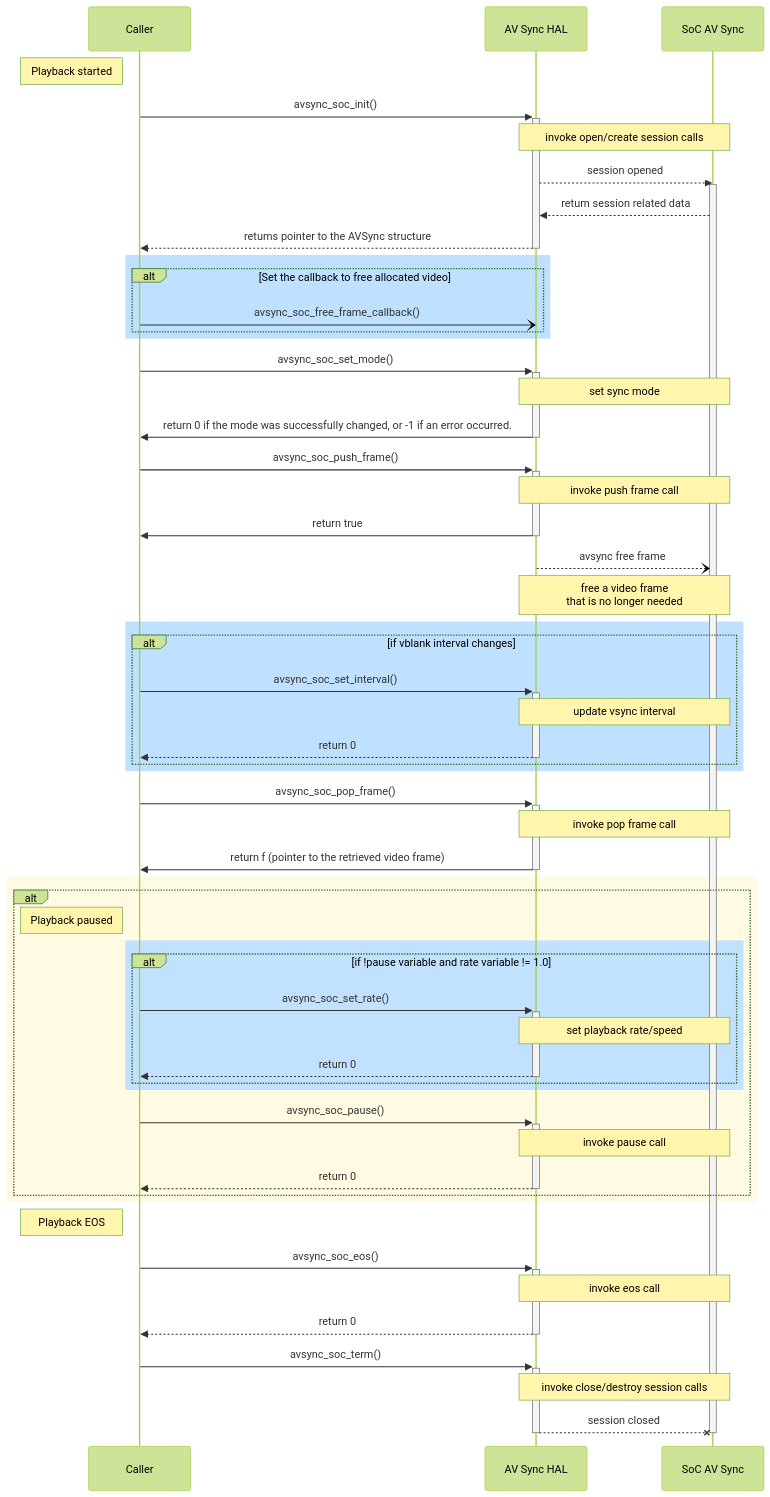
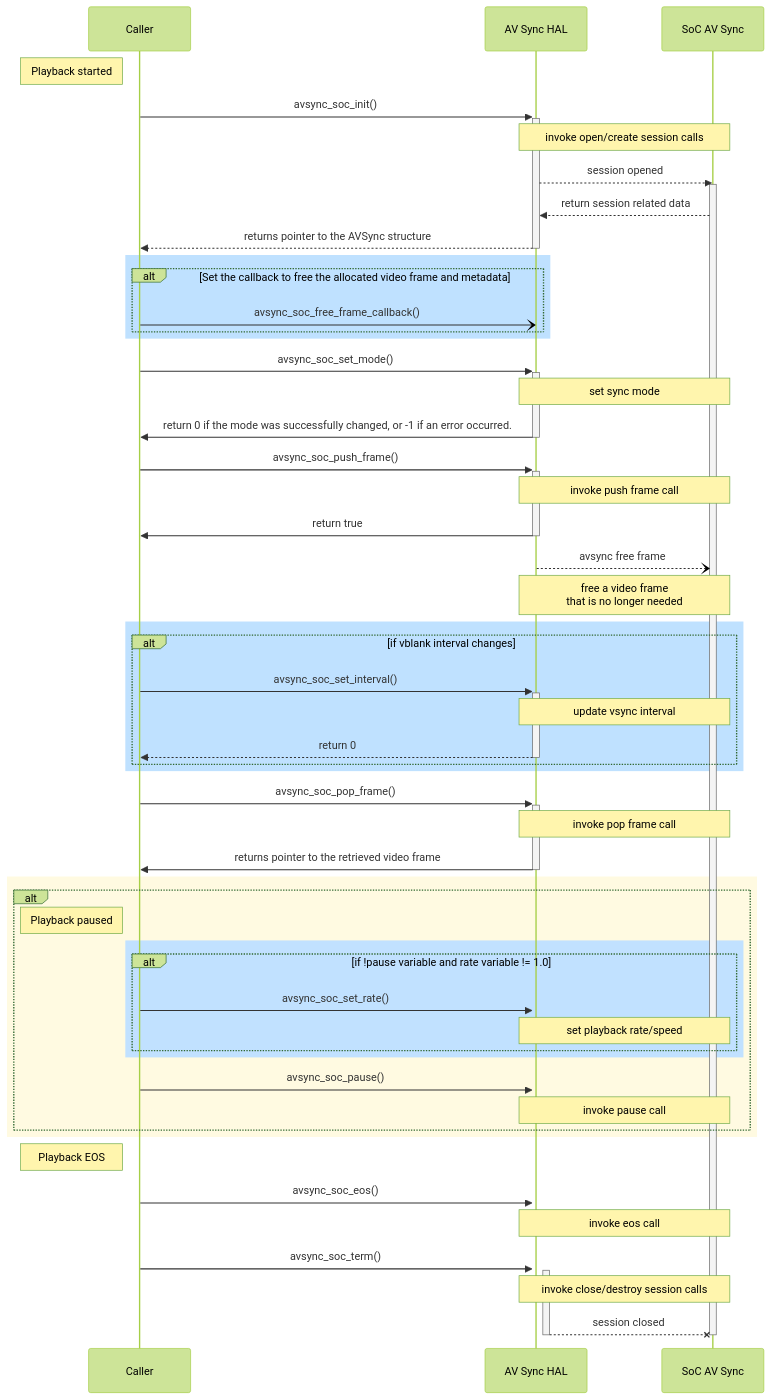
Before and after one commit to rdkcentral/rdk-halif-avsync: the second of 2 diagrams in docs/pages/av-sync.md, drawn with Mermaid (forest theme). The commit also changed other lines of this file, not shown here.

First line of the commit message:
Update av-sync.md

````diff
--- a/docs/pages/av-sync.md
+++ b/docs/pages/av-sync.md
@@ -153,75 +155,72 @@
 ```mermaid
 
 sequenceDiagram
 
 participant Caller
 participant AV Sync HAL
 participant SoC AV Sync 
 
 note left of Caller:Playback started
 
 Caller->>+AV Sync HAL:avsync_soc_init()
 note over AV Sync HAL,SoC AV Sync:invoke open/create session calls
 AV Sync HAL-->>SoC AV Sync:session opened
 activate SoC AV Sync 
 SoC AV Sync-->>AV Sync HAL:return session related data
 AV Sync HAL-->>-Caller:returns pointer to the AVSync structure
 
 rect rgb(191, 225, 255)
-alt Set the callback to free allocated video 
+alt Set the callback to free the allocated video frame and metadata
 Caller-)AV Sync HAL:avsync_soc_free_frame_callback()
 end
 end
 
 Caller->>+AV Sync HAL:avsync_soc_set_mode()
 note over AV Sync HAL,SoC AV Sync:set sync mode
 AV Sync HAL->>-Caller: return 0 if the mode was successfully changed, or -1 if an error occurred.
 
 Caller->>+AV Sync HAL:avsync_soc_push_frame()
 note over AV Sync HAL,SoC AV Sync:invoke push frame call
 AV Sync HAL->>-Caller:return true
 
 AV Sync HAL--)SoC AV Sync: avsync free frame
 note over AV Sync HAL,SoC AV Sync:free a video frame <br/> that is no longer needed
 
 rect rgb(191, 225, 255)
 alt if vblank interval changes
 Caller->>+AV Sync HAL:avsync_soc_set_interval()
 note over AV Sync HAL,SoC AV Sync:update vsync interval
 AV Sync HAL-->>-Caller:return 0
 end
 end
 
 Caller->>+AV Sync HAL:avsync_soc_pop_frame()
 note over AV Sync HAL,SoC AV Sync:invoke pop frame call
-AV Sync HAL->>-Caller:return f (pointer to the retrieved video frame)
+AV Sync HAL->>-Caller:returns pointer to the retrieved video frame
 
 rect rgb(255,250,225)
 alt
 note left of Caller:Playback paused
 
 rect rgb(193, 225, 255)
 alt  if !pause variable and rate variable != 1.0
 Caller->>+AV Sync HAL:avsync_soc_set_rate()
 note over AV Sync HAL,SoC AV Sync:set playback rate/speed
-AV Sync HAL-->>-Caller:return 0
 end
 end
 Caller->>+AV Sync HAL:avsync_soc_pause()
 note over AV Sync HAL,SoC AV Sync:invoke pause call
-AV Sync HAL-->>-Caller:return 0
 end
 end
 
 note left of Caller:Playback EOS
 
 Caller->>+AV Sync HAL:avsync_soc_eos()
 note over AV Sync HAL,SoC AV Sync:invoke eos call
-AV Sync HAL-->>-Caller:return 0
 Caller->>+AV Sync HAL:avsync_soc_term()
 note over AV Sync HAL,SoC AV Sync:invoke close/destroy session calls
 AV Sync HAL--xSoC AV Sync:session closed
 deactivate SoC AV Sync 
 deactivate AV Sync HAL
 
 ```
````
